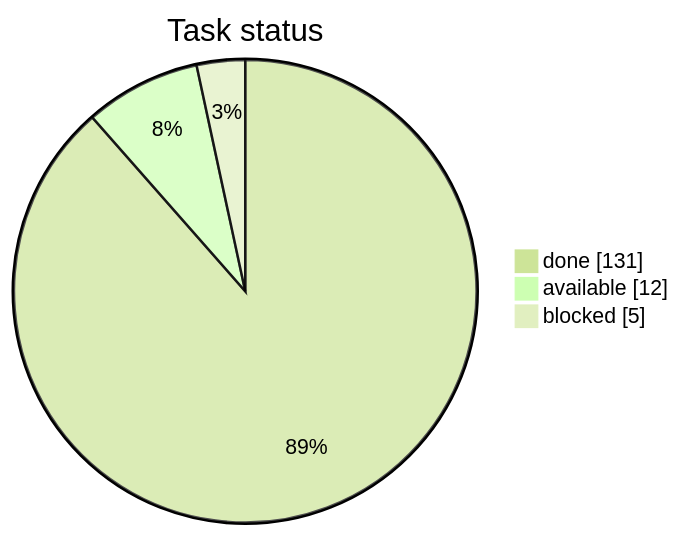
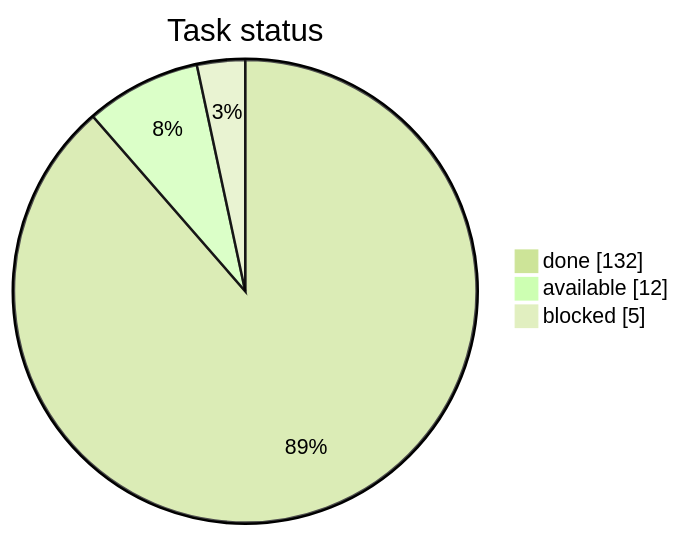
Before and after one commit to artemiiShabanov/RallyRivals: the first of 3 diagrams in STATUS.md, drawn with Mermaid (forest theme). The commit also changed other lines of this file and 3 other files, not shown here.

````diff
--- a/STATUS.md
+++ b/STATUS.md
@@ -7,7 +7,7 @@
 ```mermaid
 pie showData
     title Task status
-    "done" : 131
+    "done" : 132
     "available" : 12
     "blocked" : 5
 ```
````
